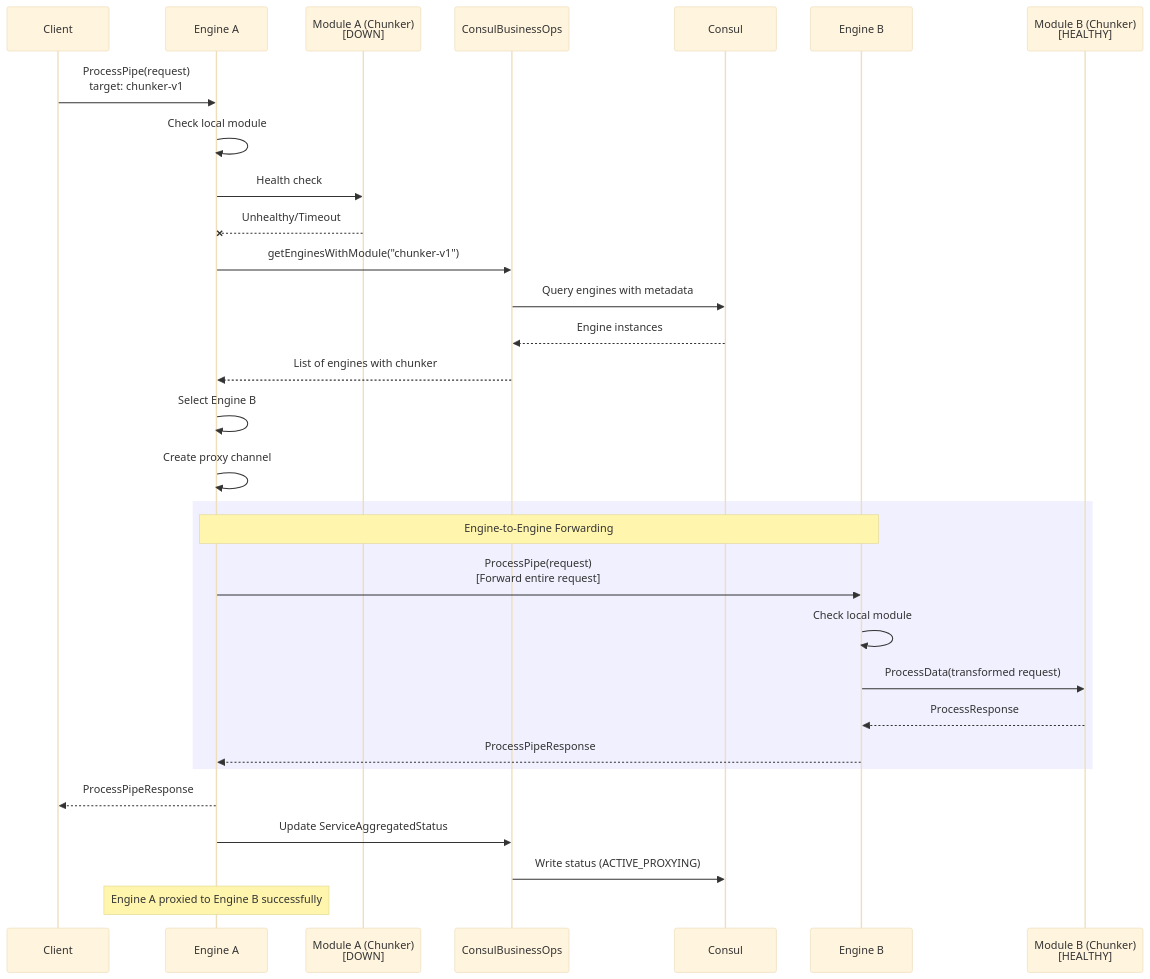
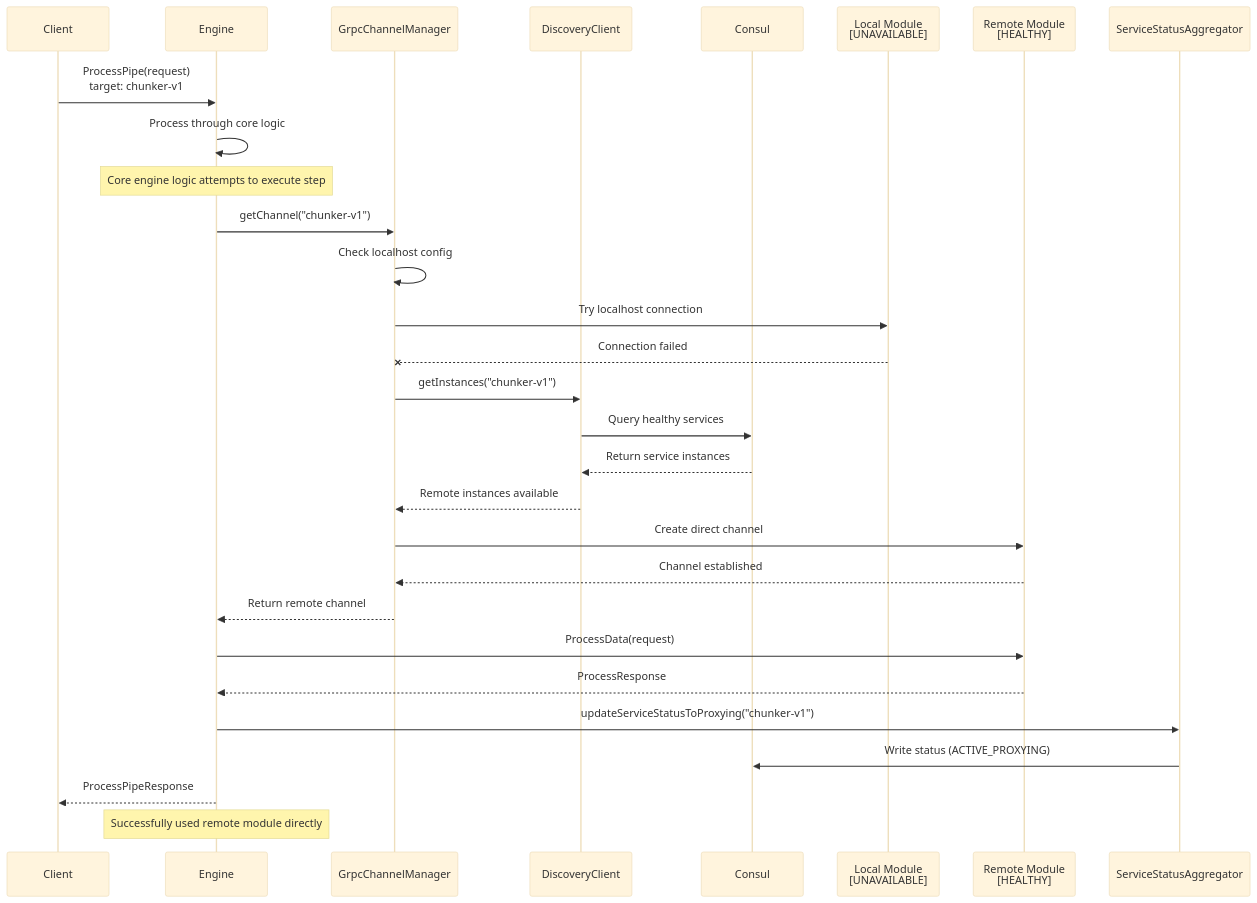
One commit to krickert/micronaut-multiproject-example changed the fifth of 5 diagrams in current_instructions.md. Above: the diagram before and after it, drawn with Mermaid (base theme). The commit also changed other lines of this file and 14 other files, not shown here.

````diff
--- a/current_instructions.md
+++ b/current_instructions.md
@@ -381,39 +383,40 @@
 ```mermaid
 sequenceDiagram
     participant Client as Client
-    participant EA as Engine A
-    participant MAdown as Module A (Chunker)<br/>[DOWN]
-    participant CBOS as ConsulBusinessOps
+    participant Engine as Engine
+    participant GCM as GrpcChannelManager
+    participant DC as DiscoveryClient
     participant Consul as Consul
-    participant EB as Engine B
-    participant MB as Module B (Chunker)<br/>[HEALTHY]
+    participant LM as Local Module<br/>[UNAVAILABLE]
+    participant RM as Remote Module<br/>[HEALTHY]
+    participant SSA as ServiceStatusAggregator
     
-    Client->>EA: ProcessPipe(request)<br/>target: chunker-v1
-    EA->>EA: Check local module
-    EA->>MAdown: Health check
-    MAdown--xEA: Unhealthy/Timeout
+    Client->>Engine: ProcessPipe(request)<br/>target: chunker-v1
+    Engine->>Engine: Process through core logic
     
-    EA->>CBOS: getEnginesWithModule("chunker-v1")
-    CBOS->>Consul: Query engines with metadata
-    Consul-->>CBOS: Engine instances
-    CBOS-->>EA: List of engines with chunker
+    Note over Engine: Core engine logic attempts to execute step
     
-    EA->>EA: Select Engine B
-    EA->>EA: Create proxy channel
+    Engine->>GCM: getChannel("chunker-v1")
+    GCM->>GCM: Check localhost config
+    GCM->>LM: Try localhost connection
+    LM--xGCM: Connection failed
     
-    rect rgb(240, 240, 255)
-        Note over EA,EB: Engine-to-Engine Forwarding
-        EA->>EB: ProcessPipe(request)<br/>[Forward entire request]
-        EB->>EB: Check local module
-        EB->>MB: ProcessData(transformed request)
-        MB-->>EB: ProcessResponse
-        EB-->>EA: ProcessPipeResponse
-    end
+    GCM->>DC: getInstances("chunker-v1")
+    DC->>Consul: Query healthy services
+    Consul-->>DC: Return service instances
+    DC-->>GCM: Remote instances available
     
-    EA-->>Client: ProcessPipeResponse
+    GCM->>RM: Create direct channel
+    RM-->>GCM: Channel established
+    GCM-->>Engine: Return remote channel
     
-    EA->>CBOS: Update ServiceAggregatedStatus
-    CBOS->>Consul: Write status (ACTIVE_PROXYING)
+    Engine->>RM: ProcessData(request)
+    RM-->>Engine: ProcessResponse
     
-    Note over EA: Engine A proxied to Engine B successfully
+    Engine->>SSA: updateServiceStatusToProxying("chunker-v1")
+    SSA->>Consul: Write status (ACTIVE_PROXYING)
+    
+    Engine-->>Client: ProcessPipeResponse
+    
+    Note over Engine: Successfully used remote module directly
 ```
````
